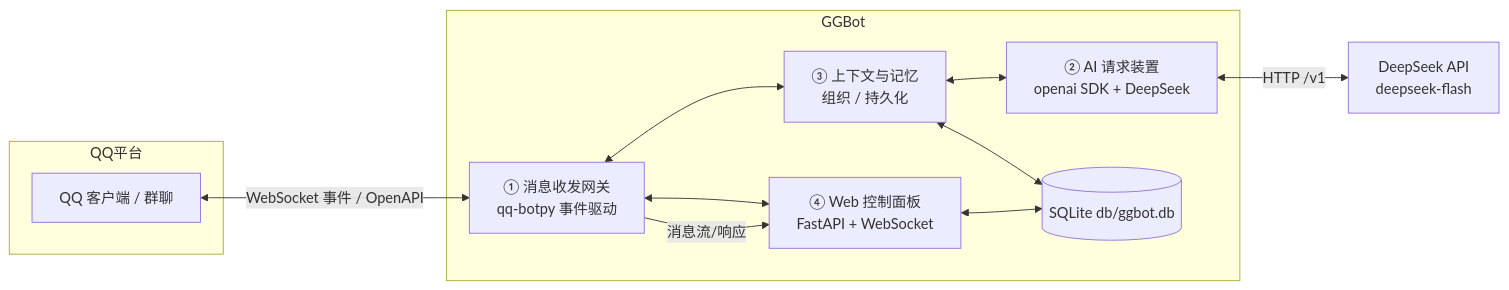
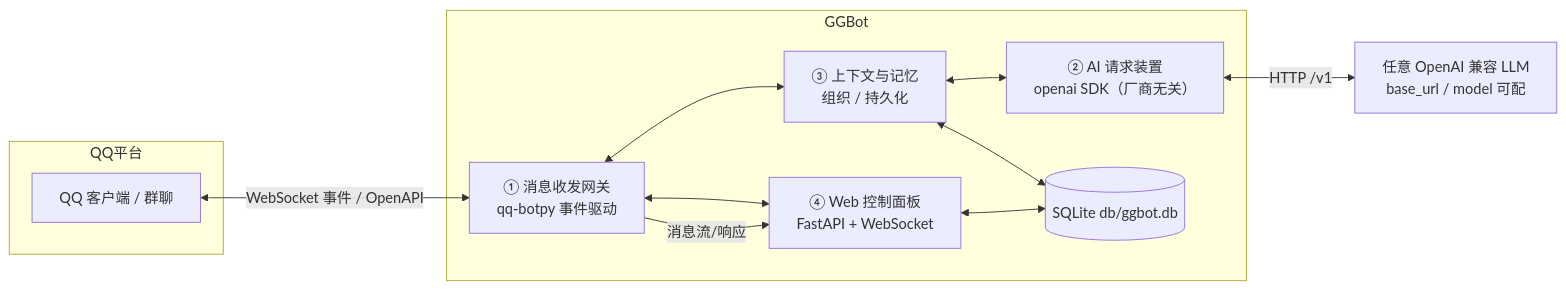
Before and after one commit to Gove2004/GGBot: the first of 2 diagrams in README.md, drawn with Mermaid. The commit also changed other lines of this file and 14 other files, not shown here.

````diff
--- a/README.md
+++ b/README.md
@@ -58,21 +59,21 @@
 ```mermaid
 flowchart LR
     subgraph QQ平台
         QQ[QQ 客户端 / 群聊]
     end
     subgraph GGBot
         GW["① 消息收发网关<br/>qq-botpy 事件驱动"]
-        AI["② AI 请求装置<br/>openai SDK + DeepSeek"]
+        AI["② AI 请求装置<br/>openai SDK（厂商无关）"]
         CTX["③ 上下文与记忆<br/>组织 / 持久化"]
         WEB["④ Web 控制面板<br/>FastAPI + WebSocket"]
         DB[("SQLite db/ggbot.db")]
     end
     QQ <-->|"WebSocket 事件 / OpenAPI"| GW
     GW <--> CTX
     CTX <--> AI
-    AI <-->|"HTTP /v1"| DS["DeepSeek API<br/>deepseek-flash"]
+    AI <-->|"HTTP /v1"| DS["任意 OpenAI 兼容 LLM<br/>base_url / model 可配"]
     GW <--> WEB
     CTX <--> DB
     WEB <--> DB
     GW -->|"消息流/响应"| WEB
 ```
````
